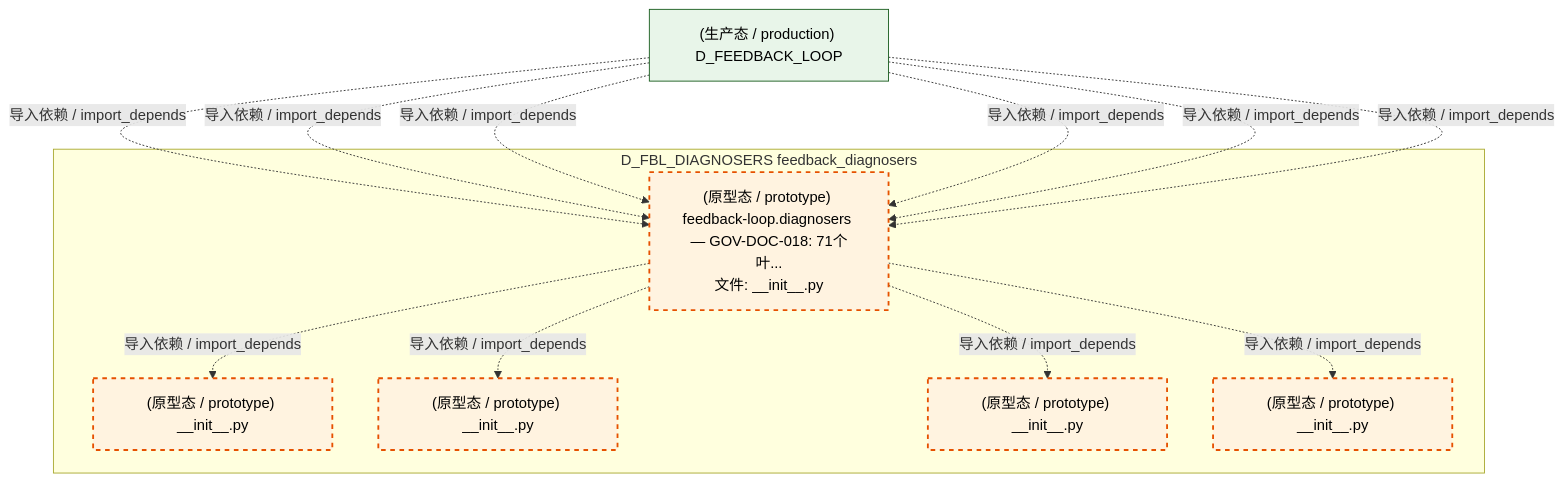
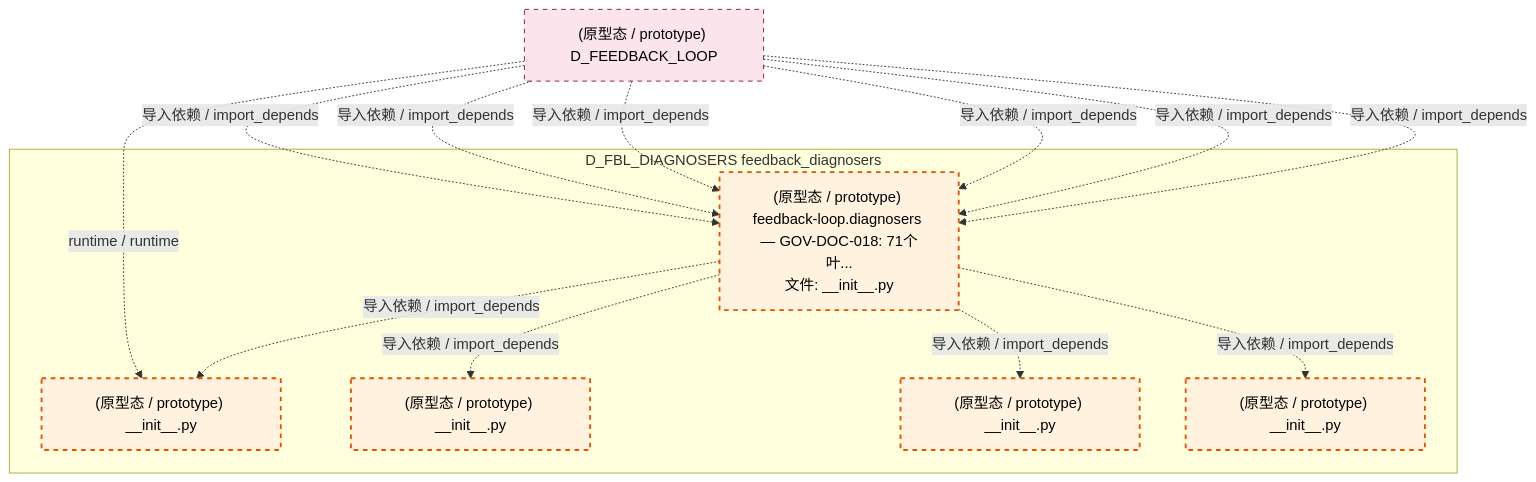
One commit to xuanFelixVan/ZephyrAlpha changed the fifth of 6 diagrams in docs/02_enterprise_architecture/02_domain_architecture_docs/12_d_fbl_diagnosers.md. Above: the diagram before and after it, drawn with Mermaid. The commit also changed other lines of this file and 127 other files, not shown here.

First line of the commit message:
chore(docs): S2-2 refresh architecture docs after depgraph rebuild

````diff
--- a/docs/02_enterprise_architecture/02_domain_architecture_docs/12_d_fbl_diagnosers.md
+++ b/docs/02_enterprise_architecture/02_domain_architecture_docs/12_d_fbl_diagnosers.md
@@ -439,27 +439,28 @@
 ```mermaid
 graph TD
     subgraph D_FBL_DIAGNOSERS["D_FBL_DIAGNOSERS feedback_diagnosers"]
         src_zephyr_feedback_loop_diagnosers_init_py["(原型态 / prototype) feedback-loop.diagnosers — GOV-DOC-018: 71个叶...<br/>文件: __init__.py"]
         src_zephyr_feedback_loop_diagnosers_cognitive_init_py["(原型态 / prototype) __init__.py"]
         src_zephyr_feedback_loop_diagnosers_diagnosis_init_py["(原型态 / prototype) __init__.py"]
         src_zephyr_feedback_loop_diagnosers_health_init_py["(原型态 / prototype) __init__.py"]
         src_zephyr_feedback_loop_diagnosers_reliability_init_py["(原型态 / prototype) __init__.py"]
     end
     src_zephyr_feedback_loop_diagnosers_init_py -.->|导入依赖 / import_depends| src_zephyr_feedback_loop_diagnosers_cognitive_init_py
     src_zephyr_feedback_loop_diagnosers_init_py -.->|导入依赖 / import_depends| src_zephyr_feedback_loop_diagnosers_diagnosis_init_py
     src_zephyr_feedback_loop_diagnosers_init_py -.->|导入依赖 / import_depends| src_zephyr_feedback_loop_diagnosers_health_init_py
     src_zephyr_feedback_loop_diagnosers_init_py -.->|导入依赖 / import_depends| src_zephyr_feedback_loop_diagnosers_reliability_init_py
-    D_FEEDBACK_LOOP["(生产态 / production) D_FEEDBACK_LOOP"]
+    D_FEEDBACK_LOOP["(原型态 / prototype) D_FEEDBACK_LOOP"]
+    D_FEEDBACK_LOOP -.->|runtime / runtime| src_zephyr_feedback_loop_diagnosers_cognitive_init_py
     D_FEEDBACK_LOOP -.->|导入依赖 / import_depends| src_zephyr_feedback_loop_diagnosers_init_py
     D_FEEDBACK_LOOP -.->|导入依赖 / import_depends| src_zephyr_feedback_loop_diagnosers_init_py
     D_FEEDBACK_LOOP -.->|导入依赖 / import_depends| src_zephyr_feedback_loop_diagnosers_init_py
     D_FEEDBACK_LOOP -.->|导入依赖 / import_depends| src_zephyr_feedback_loop_diagnosers_init_py
     D_FEEDBACK_LOOP -.->|导入依赖 / import_depends| src_zephyr_feedback_loop_diagnosers_init_py
     D_FEEDBACK_LOOP -.->|导入依赖 / import_depends| src_zephyr_feedback_loop_diagnosers_init_py
     classDef production fill:#e1f5fe,stroke:#01579b,stroke-width:2px,color:#000
     classDef design fill:#fff3e0,stroke:#e65100,stroke-width:2px,color:#000,stroke-dasharray: 5 5
     classDef external_prod fill:#e8f5e9,stroke:#1b5e20,stroke-width:1px,color:#000
     classDef external_design fill:#fce4ec,stroke:#880e4f,stroke-width:1px,color:#000,stroke-dasharray: 5 5
     class src_zephyr_feedback_loop_diagnosers_init_py,src_zephyr_feedback_loop_diagnosers_cognitive_init_py,src_zephyr_feedback_loop_diagnosers_diagnosis_init_py,src_zephyr_feedback_loop_diagnosers_health_init_py,src_zephyr_feedback_loop_diagnosers_reliability_init_py design
-    class D_FEEDBACK_LOOP external_prod
+    class D_FEEDBACK_LOOP external_design
 ```
````
